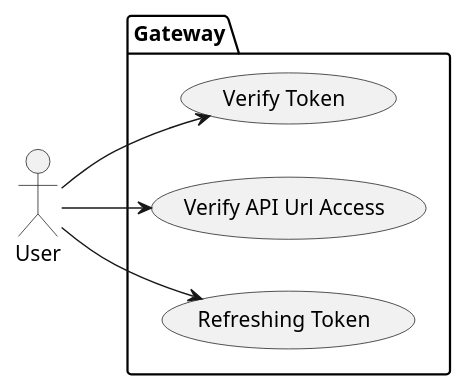
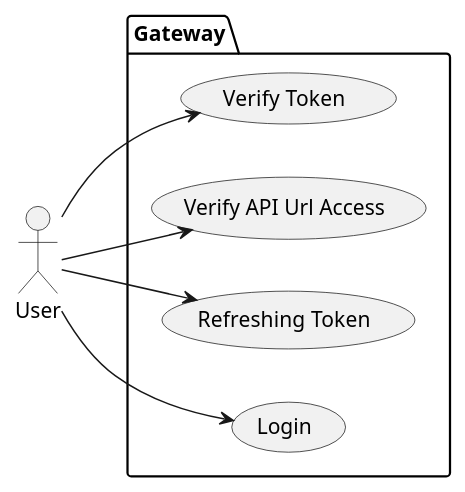
The diagram in Gateway/Requirement/use-case.wsd (POS-Java-Microservice/requirement-documents), drawn with PlantUML before and after one commit. The commit also changed 2 other files, not shown here.

```diff
--- a/Gateway/Requirement/use-case.wsd
+++ b/Gateway/Requirement/use-case.wsd
@@ -1,15 +1,17 @@
-@startuml member-service
+@startuml gateway-service
 
 left to right direction
 actor User as u
 package Gateway{
     usecase "Verify Token" as uc1
     usecase "Verify API Url Access" as uc2
     usecase "Refreshing Token" as uc3
+    usecase "Login" as uc4
 }
 
 u --> uc1
 u --> uc2
 u --> uc3
+u --> uc4
 
 @enduml
```
